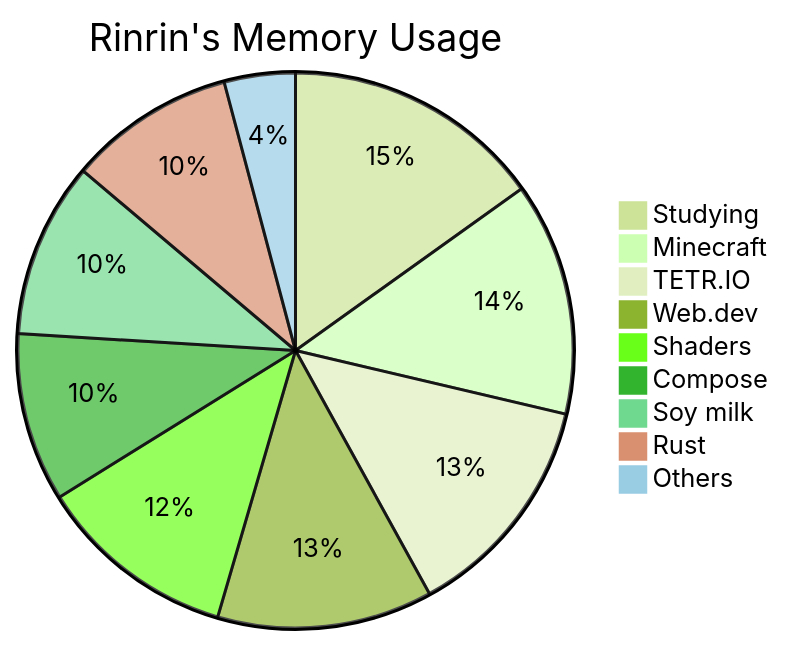
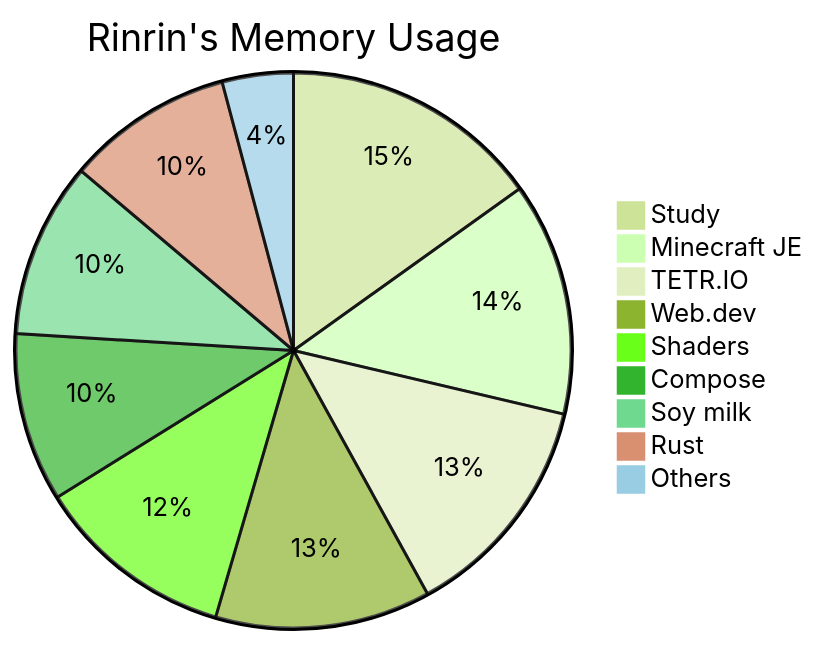
Before and after one commit to Rinrin0413/Rinrin0413: the diagram in README.md, drawn with Mermaid (forest theme).

Commit message:
🐸 Improve: words

````diff
--- a/README.md
+++ b/README.md
@@ -77,12 +77,12 @@
 ```mermaid
 pie title Rinrin's Memory Usage
-    "Studying": 117
-    "Minecraft": 105
+    "Study": 117
+    "Minecraft JE": 105
     "TETR.IO": 103
     "Web.dev": 97
     "Shaders": 90
     "Compose": 76
     "Soy milk": 79
     "Rust": 75
     "Others": 32
 ```
````
